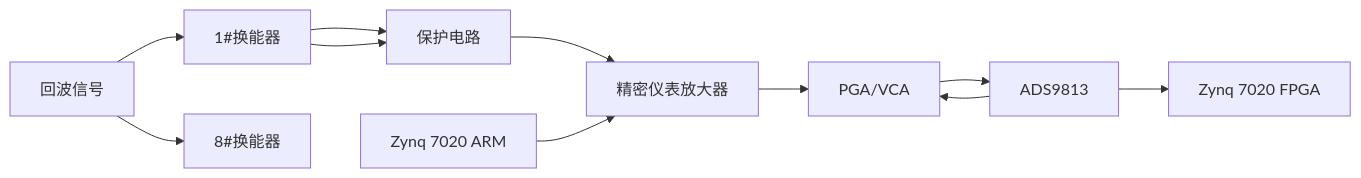
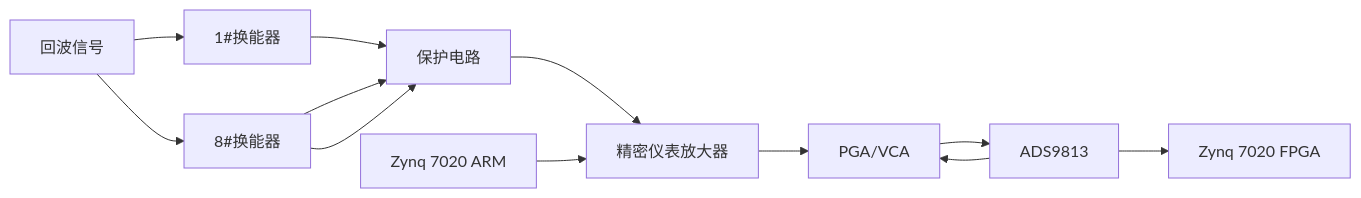
Before and after one commit to Rukawa15/iodraw-files: the diagram in all/多通道同步采集-1.md, drawn with Mermaid.

Commit message:
2025-06-19 14:04:35 update

````diff
--- a/all/多通道同步采集-1.md
+++ b/all/多通道同步采集-1.md
@@ -1,15 +1,16 @@
 ```mermaid
 graph LR
 A[回波信号]
 A --> B1[1#换能器]
 A --> B2[8#换能器]
 B1 --> C[保护电路]
-B1 --> C[保护电路] 
+B2 --> C[保护电路]
+B2 --> C[保护电路] 
 C --> D[精密仪表放大器] 
 D --> E[PGA/VCA] 
 E --> F[ADS9813] 
 F --> G[Zynq 7020 FPGA]
 H[Zynq 7020 ARM] --> D
 F --> E
 
 ```
````
